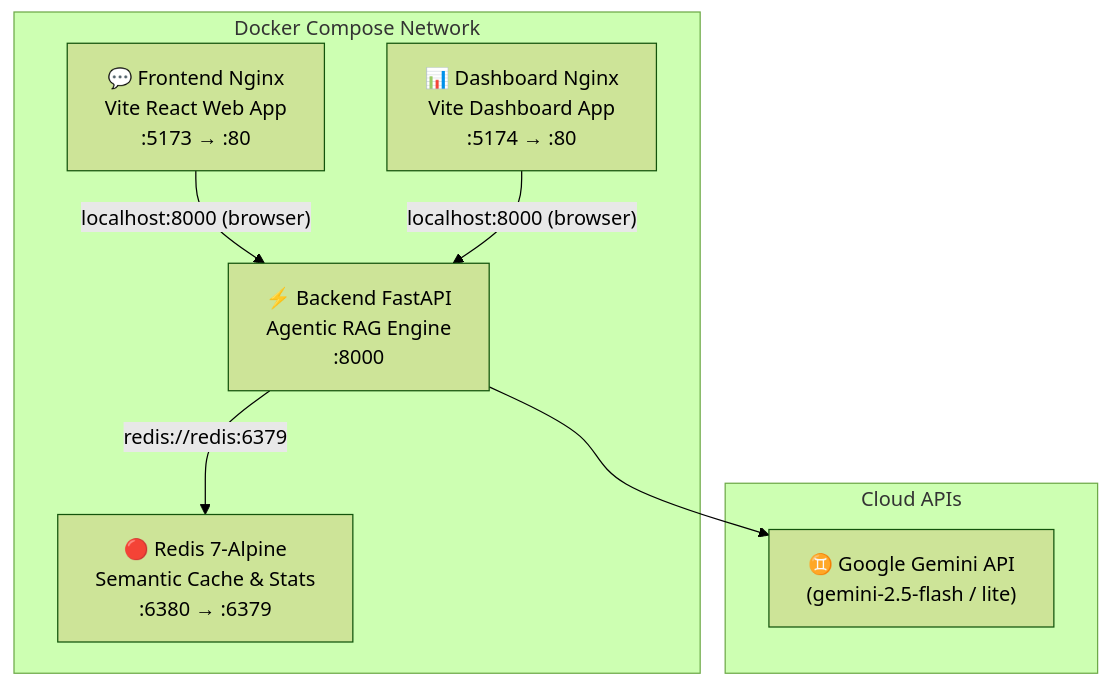
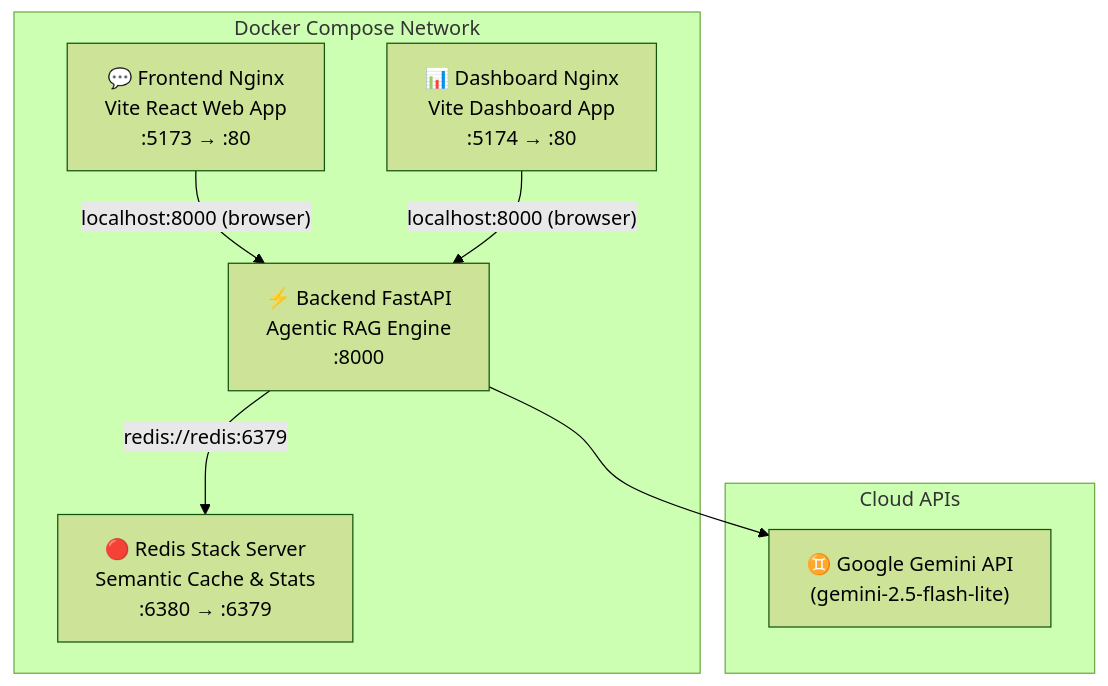
One commit to BennedictQuanTon/BKAi-Admission-System changed the fourth of 4 diagrams in README.md. Above: the diagram before and after it, drawn with Mermaid (forest theme). The commit also changed other lines of this file and 19 other files, not shown here.

````diff
--- a/README.md
+++ b/README.md
@@ -281,18 +272,18 @@
 ```mermaid
 graph TB
     subgraph Cloud["Cloud APIs"]
-        Gemini["♊ Google Gemini API<br/>(gemini-2.5-flash / lite)"]
+        Gemini["♊ Google Gemini API<br/>(gemini-2.5-flash-lite)"]
     end
 
     subgraph Docker["Docker Compose Network"]
-        Redis["🔴 Redis 7-Alpine<br/>Semantic Cache & Stats<br/>:6380 → :6379"]
+        Redis["🔴 Redis Stack Server<br/>Semantic Cache & Stats<br/>:6380 → :6379"]
         Backend["⚡ Backend FastAPI<br/>Agentic RAG Engine<br/>:8000"]
         Frontend["💬 Frontend Nginx<br/>Vite React Web App<br/>:5173 → :80"]
         Dashboard["📊 Dashboard Nginx<br/>Vite Dashboard App<br/>:5174 → :80"]
     end
 
     Backend -->|"redis://redis:6379"| Redis
     Backend --> Gemini
     Frontend -->|"localhost:8000 (browser)"| Backend
     Dashboard -->|"localhost:8000 (browser)"| Backend
 ```
````
